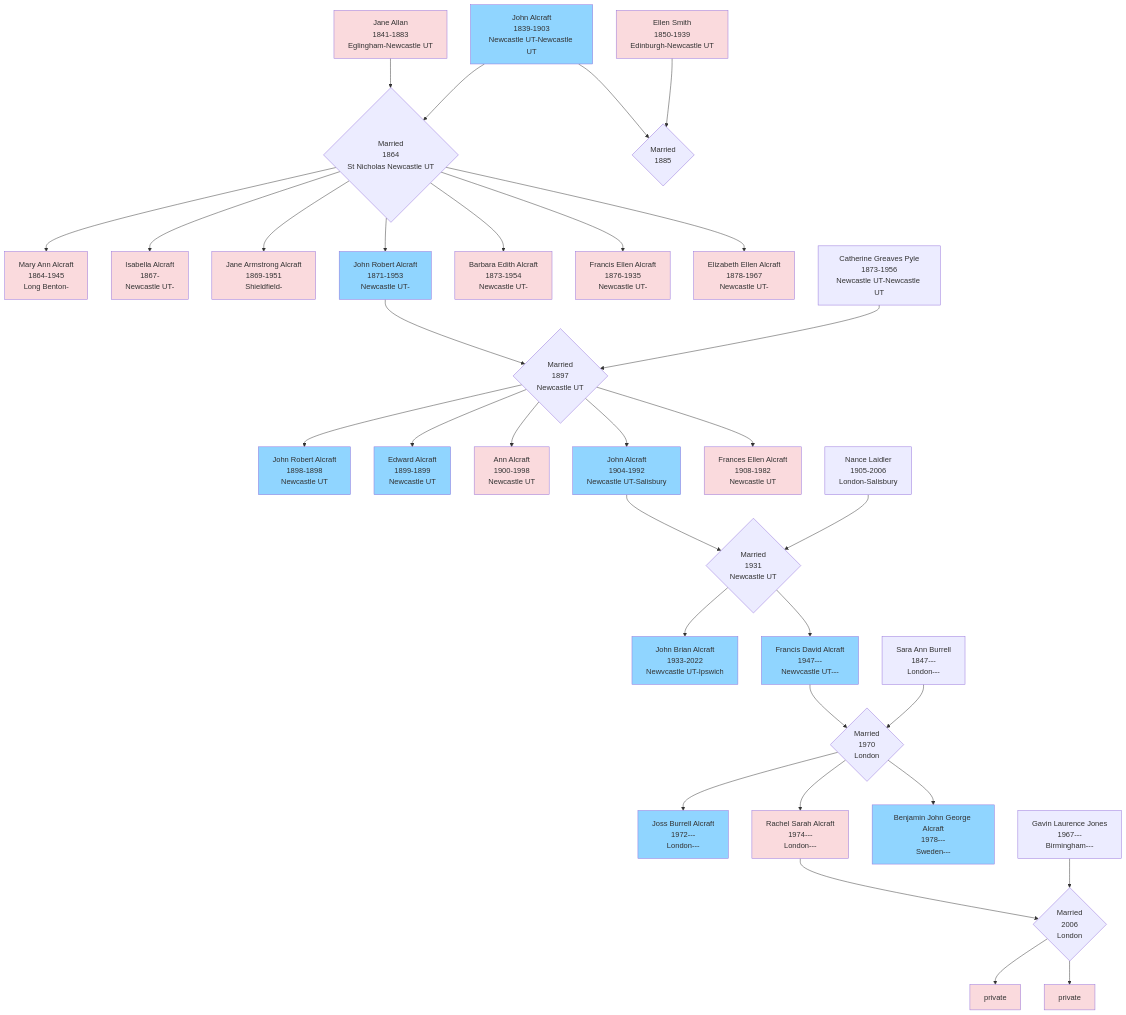
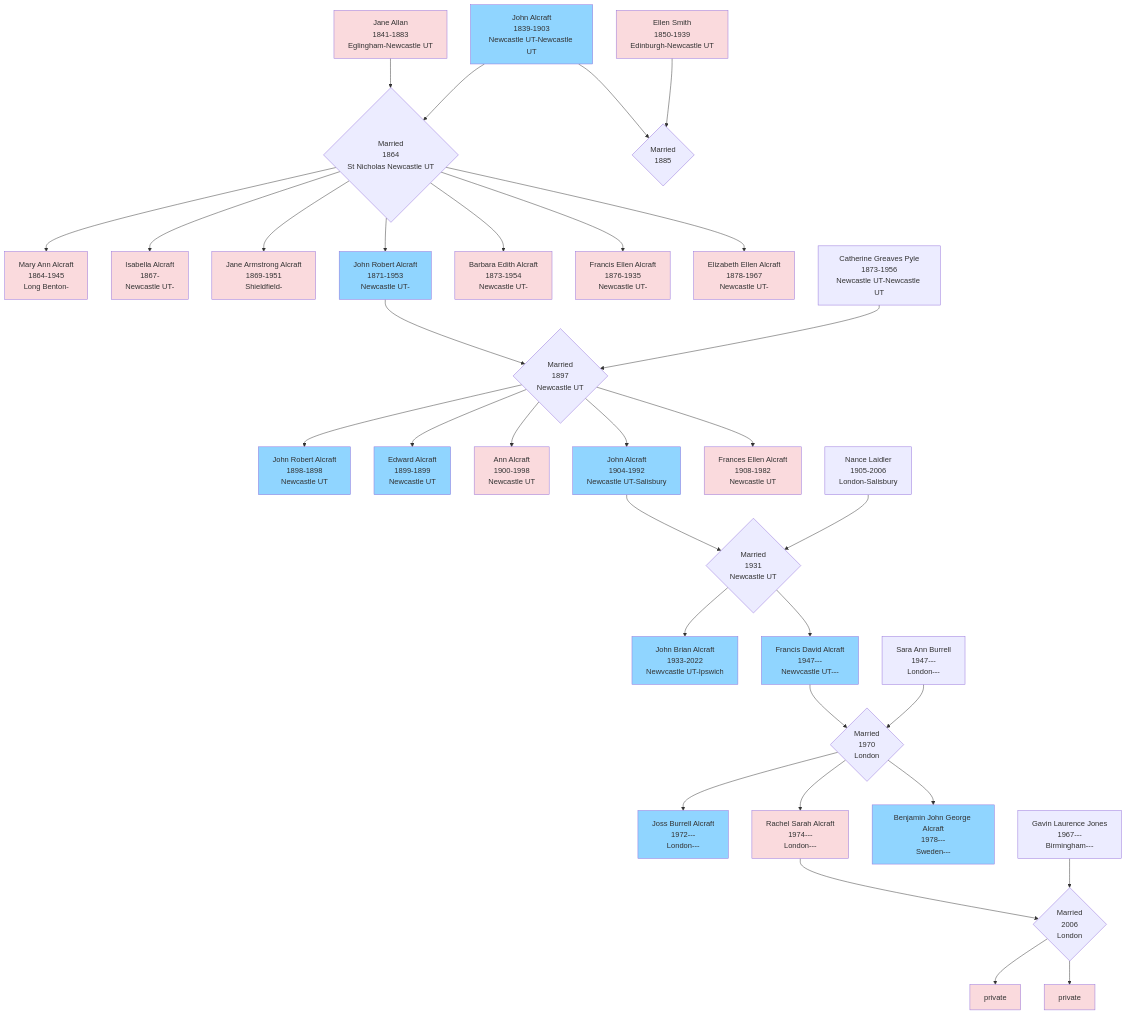
One commit to RachelAlcraft/family-tree changed the diagram in docs/index.md. Above: the diagram before and after it, drawn with Mermaid.

````diff
--- a/docs/index.md
+++ b/docs/index.md
@@ -6,74 +6,74 @@
 ``` mermaid
 flowchart TD  
 JA1[John Alcraft\n1839-1903\nNewcastle UT-Newcastle UT] --> JAJA{Married\n1864\nSt Nicholas Newcastle UT};
 style JA1 fill:#90d5ff
 click JA1 "jones" "JA1"
 JA2[Jane Allan\n1841-1883\nEglingham-Newcastle UT] --> JAJA;
 style JA2 fill:#FADADD
 click JA2 "jones" "JA2"
 ES[Ellen Smith\n1850-1939\nEdinburgh-Newcastle UT] --> JAES{Married\n1885};
 JA1 --> JAES
 JAJA -->MAA[Mary Ann Alcraft\n1864-1945\nLong Benton-];
 JAJA -->IA[Isabella Alcraft\n1867-\nNewcastle UT-];
 JAJA -->JAA[Jane Armstrong Alcraft\n1869-1951\nShieldfield-];
 JAJA -->JRA[John Robert Alcraft\n1871-1953\nNewcastle UT-];
 JAJA -->BEA[Barbara Edith Alcraft\n1873-1954\nNewcastle UT-];
 JAJA -->FEA[Francis Ellen Alcraft\n1876-1935\nNewcastle UT-];
 JAJA -->EEA[Elizabeth Ellen Alcraft\n1878-1967\nNewcastle UT-];
 
 JRA --> JRACGP{Married\n1897\nNewcastle UT};
 style JRA fill:#90d5ff
 CGP[Catherine Greaves Pyle\n1873-1956\nNewcastle UT-Newcastle UT];
 CGP --> JRACGP;
 JRACGP --> JRA2[John Robert Alcraft\n1898-1898\nNewcastle UT];
 style JRA2 fill:#90d5ff
 JRACGP --> EA[Edward Alcraft\n1899-1899\nNewcastle UT];
 style EA fill:#90d5ff
 JRACGP --> AA[Ann Alcraft\n1900-1998\nNewcastle UT];
 style AA fill:#FADADD
 JRACGP --> JA3[John Alcraft\n1904-1992\nNewcastle UT-Salisbury];
 style JA3 fill:#90d5ff
 JRACGP --> FEA2[Frances Ellen Alcraft\n1908-1982\nNewcastle UT];
 style FEA2 fill:#FADADD
 
 JA3 --> JA3NL{Married\n1931\nNewcastle UT};
 NL[Nance Laidler\n1905-2006\nLondon-Salisbury];
 NL --> JA3NL;
 JBA[John Brian Alcraft\n1933-2022\nNewvcastle UT-Ipswich];
 style JBA fill:#90d5ff
 FDA[Francis David Alcraft\n1947---\nNewvcastle UT---];
 style FDA fill:#90d5ff
 JA3NL --> JBA;
 JA3NL --> FDA;
 
 FDA --> FDASAB{Married\n1970\nLondon};
-SAB[Sara Ann Burrell\n1847---\nLondon---];
+SAB[Sara Ann Burrell\n1947---\nLondon---];
 SAB --> FDASAB;
 FDASAB -->JBA2[Joss Burrell Alcraft\n1972---\nLondon---];
 style JBA2 fill:#90d5ff
 FDASAB -->RSA[Rachel Sarah Alcraft\n1974---\nLondon---];
 style RSA fill:#FADADD
 FDASAB -->BJGA[Benjamin John George Alcraft\n1978---\nSweden---];
 style BJGA fill:#90d5ff
 
 RSA --> RSAGLJ{Married\n2006\nLondon};
 GLJ[Gavin Laurence Jones\n1967---\nBirmingham---] --> RSAGLJ
 RSAGLJ --> MAAJ[private]
 style MAAJ fill:#FADADD
 RSAGLJ --> VGAJ[private]
 style VGAJ fill:#FADADD
 
 
 
 
 style ES fill:#FADADD
 style MAA fill:#FADADD
 style IA fill:#FADADD
 style JAA fill:#FADADD
 style BEA fill:#FADADD
 style FEA fill:#FADADD
 style EEA fill:#FADADD
 
 
 
 ```
````
